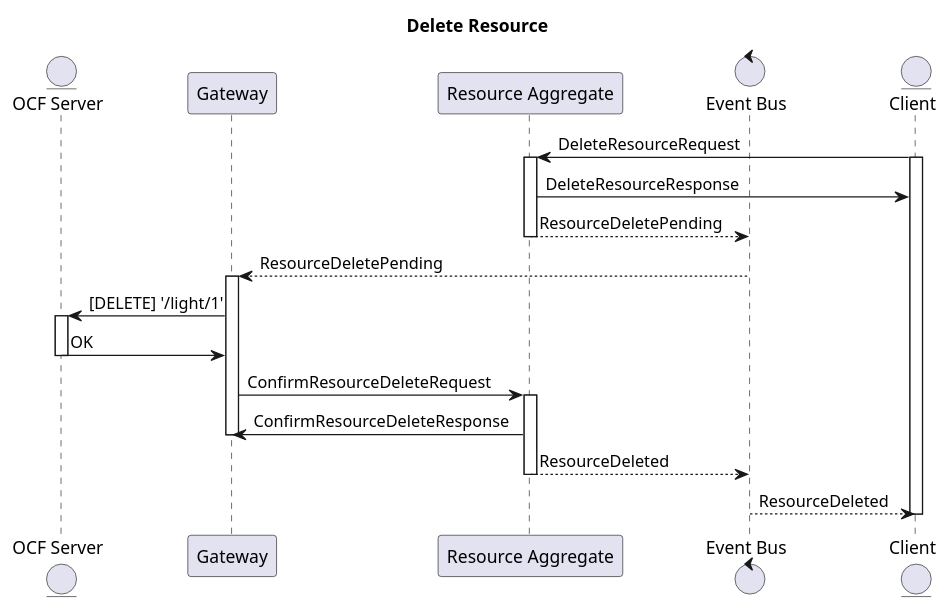
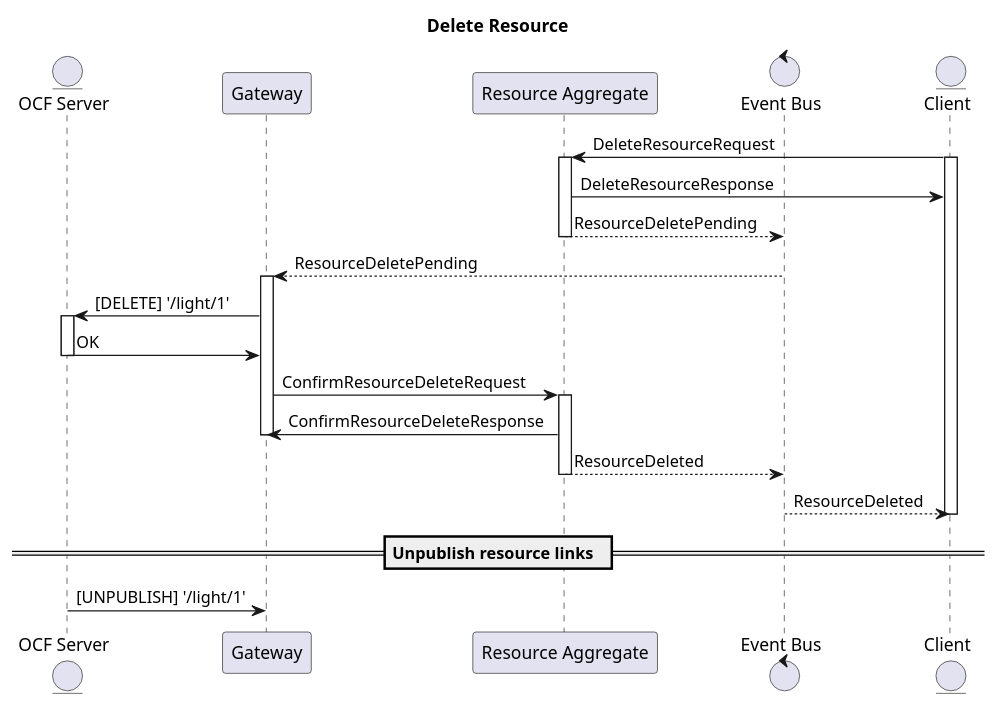
Before and after one commit to plgd-dev/hub: the fifth of 6 diagrams in resource-aggregate/.plantuml, drawn with PlantUML. The commit also changed other lines of this file and 1 other file, not shown here.

Commit message:
resource-aggregate: update plantuml

```diff
--- a/resource-aggregate/.plantuml
+++ b/resource-aggregate/.plantuml
@@ -118,32 +117,36 @@
 @startuml
 
 title "Delete Resource"
 
 entity "OCF Server" as Server
 participant "Gateway" as Gateway
 participant "Resource Aggregate" as ResourceAggregate
 control "Event Bus" as Bus
 entity "Client" as Client
 
 Client -> ResourceAggregate : DeleteResourceRequest
 activate Client
 activate ResourceAggregate
 ResourceAggregate -> Client : DeleteResourceResponse
 ResourceAggregate --> Bus : ResourceDeletePending
 deactivate ResourceAggregate
 Bus --> Gateway : ResourceDeletePending
 activate Gateway
 Gateway -> Server: [DELETE] '/light/1'
 activate Server
 Server -> Gateway : OK
 deactivate Server
 Gateway -> ResourceAggregate : ConfirmResourceDeleteRequest
 activate ResourceAggregate
 ResourceAggregate -> Gateway : ConfirmResourceDeleteResponse
 deactivate Gateway
 ResourceAggregate --> Bus : ResourceDeleted
 deactivate ResourceAggregate
 Bus --> Client : ResourceDeleted
 deactivate Client
 
+== Unpublish resource links  ==
+
+Server -> Gateway : [UNPUBLISH] '/light/1'
+
 @enduml
```
